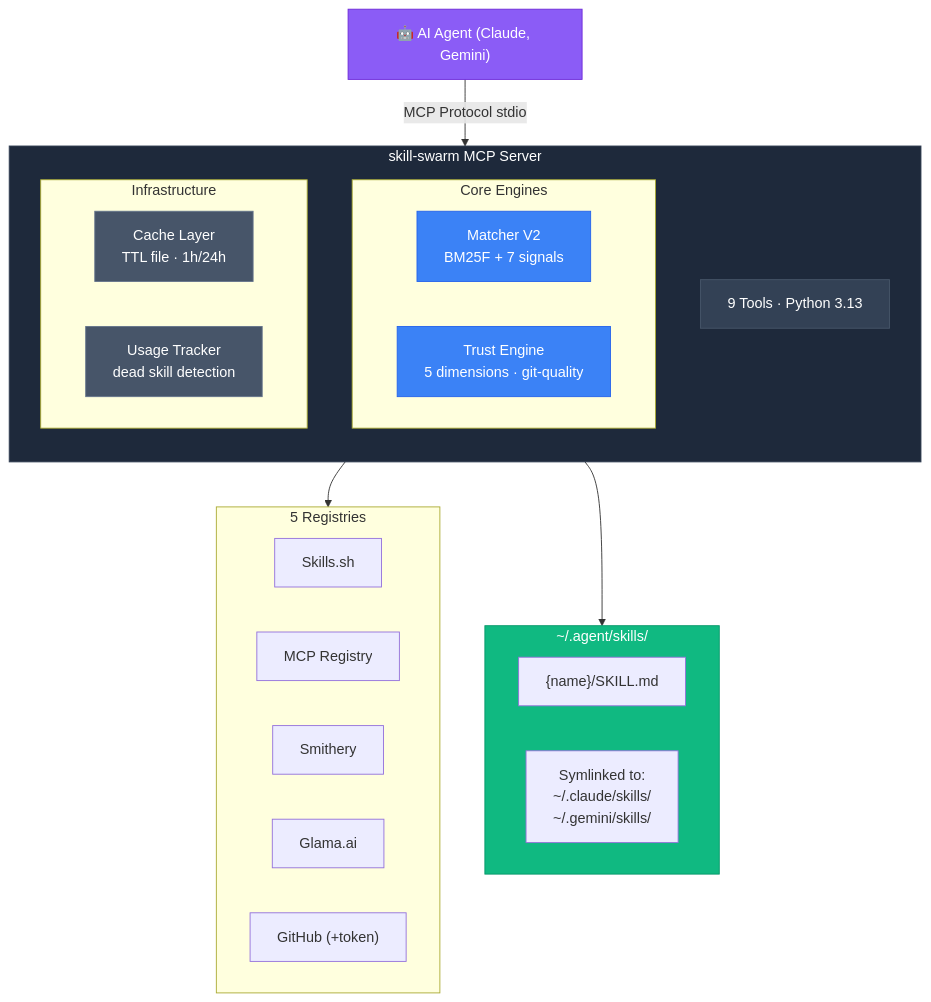
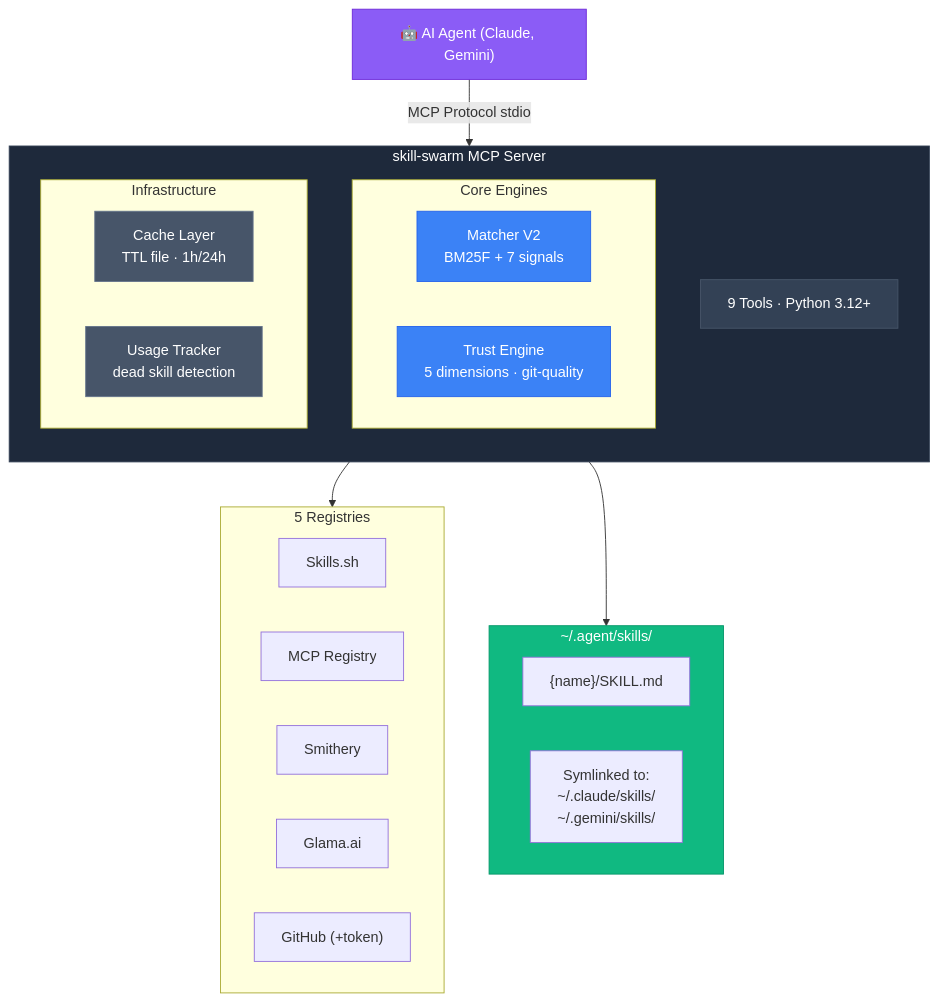
The third of 6 diagrams in README.md (ancrz/skill-swarm-mcp), drawn with Mermaid before and after one commit. The commit also changed other lines of this file and 2 other files, not shown here.

First line of the commit message:
feat: add support for Python 3.12+ with dynamic discovery

````diff
--- a/README.md
+++ b/README.md
@@ -78,43 +78,43 @@
 ```mermaid
 graph TB
     Agent["🤖 AI Agent (Claude, Gemini)"]
     Agent -->|MCP Protocol stdio| Server
 
     subgraph Server["skill-swarm MCP Server"]
         direction TB
-        Tools["9 Tools · Python 3.13"]
+        Tools["9 Tools · Python 3.12+"]
         subgraph Core["Core Engines"]
             Matcher["Matcher V2<br/>BM25F + 7 signals"]
             Trust["Trust Engine<br/>5 dimensions · git-quality"]
         end
         subgraph Infra["Infrastructure"]
             Cache["Cache Layer<br/>TTL file · 1h/24h"]
             Usage["Usage Tracker<br/>dead skill detection"]
         end
     end
 
     Server --> Registries
     Server --> Skills
 
     subgraph Registries["5 Registries"]
         SkillsSH["Skills.sh"]
         MCP["MCP Registry"]
         Smithery["Smithery"]
         Glama["Glama.ai"]
         GitHub["GitHub (+token)"]
     end
 
     subgraph Skills["~/.agent/skills/"]
         SkillFile["{name}/SKILL.md"]
         Symlinks["Symlinked to:<br/>~/.claude/skills/<br/>~/.gemini/skills/"]
     end
 
     style Agent fill:#8B5CF6,stroke:#6D28D9,color:#fff
     style Server fill:#1E293B,stroke:#334155,color:#fff
     style Tools fill:#334155,stroke:#475569,color:#fff
     style Matcher fill:#3B82F6,stroke:#2563EB,color:#fff
     style Trust fill:#3B82F6,stroke:#2563EB,color:#fff
     style Cache fill:#475569,stroke:#64748B,color:#fff
     style Usage fill:#475569,stroke:#64748B,color:#fff
     style Skills fill:#10B981,stroke:#059669,color:#fff
 ```
````
